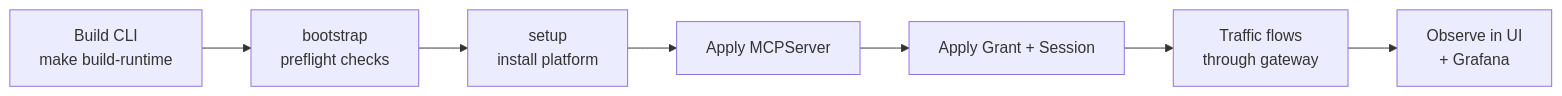
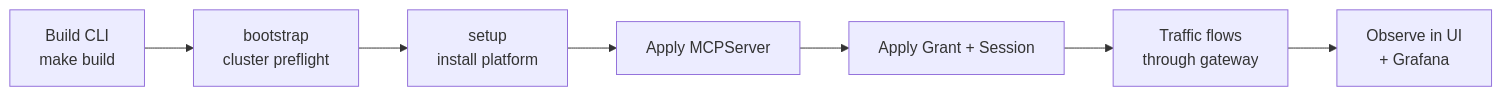
One commit to ankitkatewa/mcp-runtime changed the diagram in docs/getting-started.md. Above: the diagram before and after it, drawn with Mermaid. The commit also changed other lines of this file and 22 other files, not shown here.

First line of the commit message:
Add containerized deploy flow for docs and website (#66)

````diff
--- a/docs/getting-started.md
+++ b/docs/getting-started.md
@@ -135,9 +146,9 @@
 ```mermaid
 flowchart LR
-    A[Build CLI<br/>make build-runtime] --> B[bootstrap<br/>preflight checks]
+    A[Build CLI<br/>make build] --> B[bootstrap<br/>cluster preflight]
     B --> C[setup<br/>install platform]
     C --> D[Apply MCPServer]
     D --> E[Apply Grant + Session]
     E --> F[Traffic flows<br/>through gateway]
     F --> G[Observe in UI<br/>+ Grafana]
 ```
````
